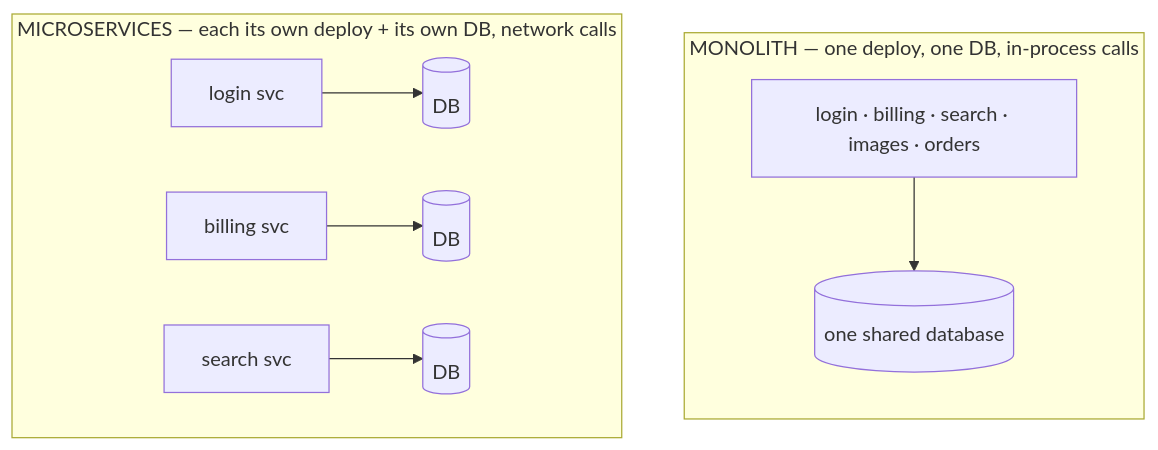
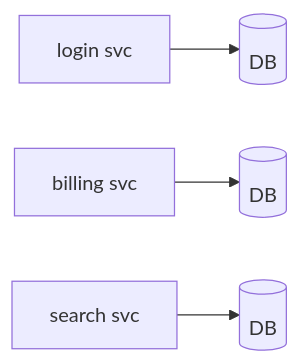
Before and after one commit to Topurrra/themissingmanual: the second of 2 diagrams in guides/monolith-vs-microservices/02-microservices.md, drawn with Mermaid. The commit also changed other lines of this file and 15 other files, not shown here.

Commit message:
fixed mermaid diagrams

````diff
--- a/guides/monolith-vs-microservices/02-microservices.md
+++ b/guides/monolith-vs-microservices/02-microservices.md
@@ -24,16 +30,6 @@
 ```mermaid
-flowchart TB
-  subgraph Mono["MONOLITH — one deploy, one DB, in-process calls"]
-    direction TB
-    Modules["login · billing · search · images · orders"]
-    MonoDB[(one shared database)]
-    Modules --> MonoDB
-  end
-
-  subgraph Micro["MICROSERVICES — each its own deploy + its own DB, network calls"]
-    direction LR
-    LoginSvc[login svc] --> LoginDB[(DB)]
-    BillingSvc[billing svc] --> BillingDB[(DB)]
-    SearchSvc[search svc] --> SearchDB[(DB)]
-  end
+flowchart LR
+  Login[login svc] --> LDB[(DB)]
+  Billing[billing svc] --> BDB[(DB)]
+  Search[search svc] --> SDB[(DB)]
 ```
````
